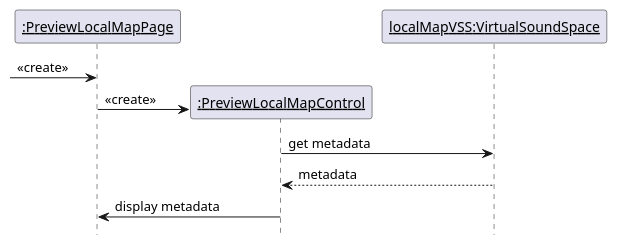
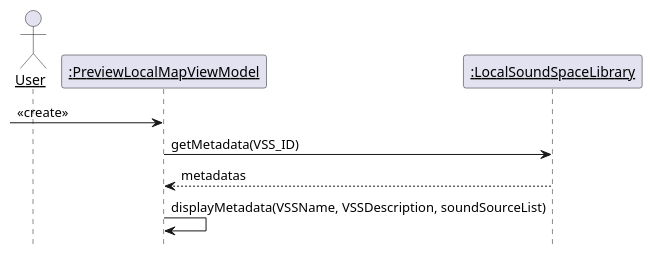
Before and after one commit to kpp19920121/doc: diagram 24 of 33 in 设计/顺序图.md, drawn with PlantUML. The commit also changed other lines of this file and 5 other files, not shown here.

````diff
--- a/设计/顺序图.md
+++ b/设计/顺序图.md
@@ -755,19 +755,15 @@
 ```PlantUML
 @startuml Diagrams/PreviewLocalMapVSS
 hide footbox
 skinparam sequenceParticipant underline
-participant ":PreviewLocalMapPage" as page
-participant ":PreviewLocalMapControl" as control
-participant "localMapVSS:VirtualSoundSpace" as vss
-create page
-[-> page: <<create>>
-create control
-page -> control: <<create>>
-control -> vss: get metadata
-vss --> control: metadata
-control -> page: display metadata
-
-
+actor User as user
+participant ":PreviewLocalMapViewModel" as viewModel
+participant ":LocalSoundSpaceLibrary" as library
+create viewModel
+[-> viewModel: <<create>>
+viewModel -> library: getMetadata(VSS_ID)
+library --> viewModel: metadatas
+viewModel -> viewModel: displayMetadata(VSSName, VSSDescription, soundSourceList)
 
 @enduml
 ```
````
